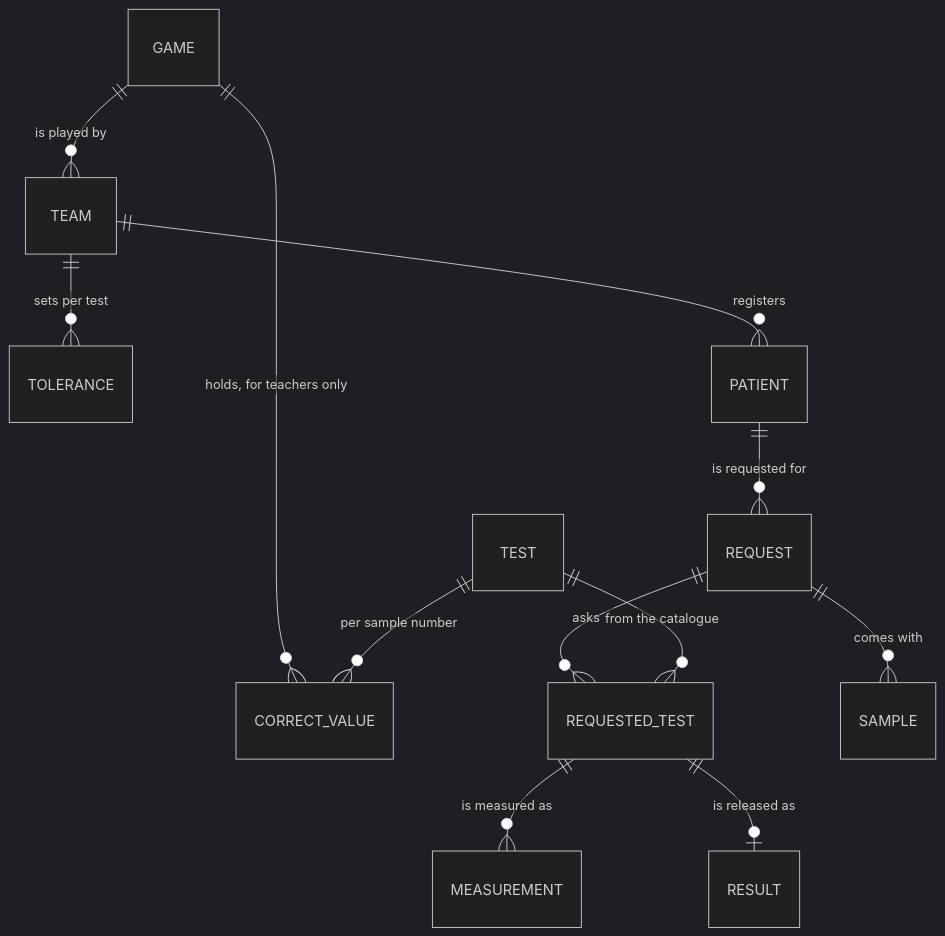
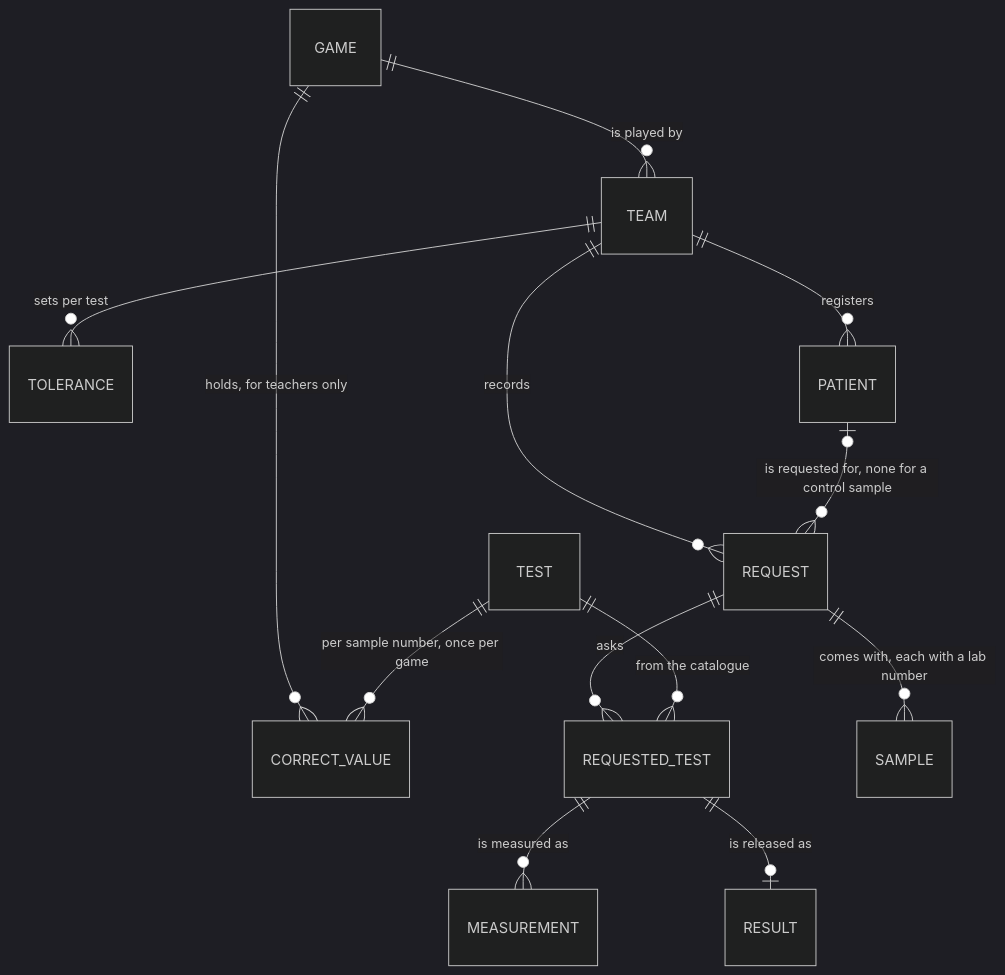
The second of 5 diagrams in docs/lims-workflow.md (Vernum-Projecten/eduLIMS), drawn with Mermaid (dark theme) before and after one commit. The commit also changed other lines of this file and 27 other files, not shown here.

First line of the commit message:
docs: the owner's answers on the lab number, the final release, control requests and what waits (#277)

````diff
--- a/docs/lims-workflow.md
+++ b/docs/lims-workflow.md
@@ -53,14 +57,15 @@
 ```mermaid
 erDiagram
     GAME ||--o{ TEAM : "is played by"
     GAME ||--o{ CORRECT_VALUE : "holds, for teachers only"
-    TEST ||--o{ CORRECT_VALUE : "per sample number"
+    TEST ||--o{ CORRECT_VALUE : "per sample number, once per game"
     TEAM ||--o{ TOLERANCE : "sets per test"
     TEAM ||--o{ PATIENT : "registers"
-    PATIENT ||--o{ REQUEST : "is requested for"
+    TEAM ||--o{ REQUEST : "records"
+    PATIENT |o--o{ REQUEST : "is requested for, none for a control sample"
     REQUEST ||--o{ REQUESTED_TEST : "asks"
     TEST ||--o{ REQUESTED_TEST : "from the catalogue"
-    REQUEST ||--o{ SAMPLE : "comes with"
+    REQUEST ||--o{ SAMPLE : "comes with, each with a lab number"
     REQUESTED_TEST ||--o{ MEASUREMENT : "is measured as"
     REQUESTED_TEST ||--o| RESULT : "is released as"
 ```
````
